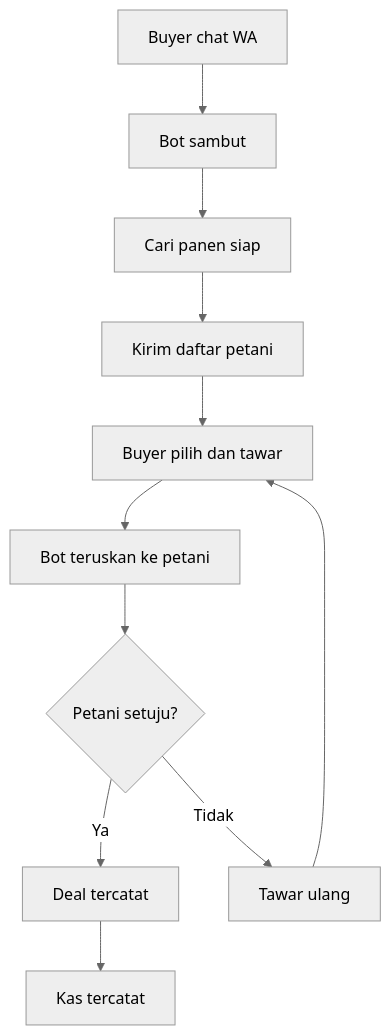
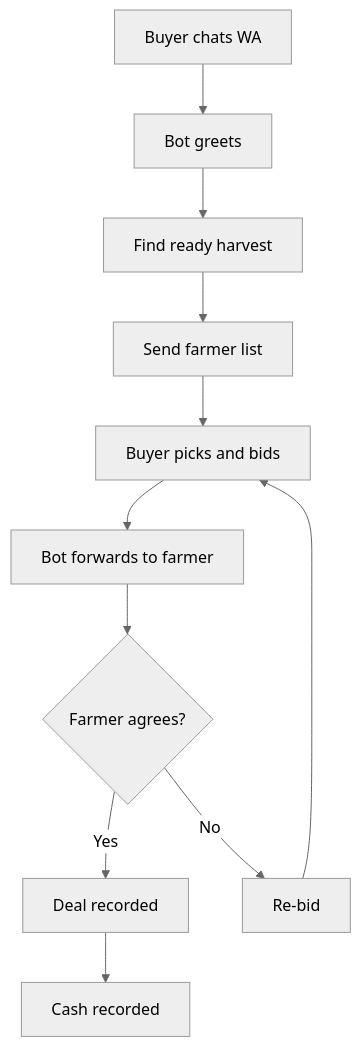
One commit to WawaGanteng13/hai-tani-release changed the diagram in README.md. Above: the diagram before and after it, drawn with Mermaid (neutral theme). The commit also changed other lines of this file and 4 other files, not shown here.

Commit message:
Docs: full English README + market + negotiation flow

````diff
--- a/README.md
+++ b/README.md
@@ -40,13 +40,13 @@
 ```mermaid
 flowchart TD
-    A[Buyer chat WA] --> B[Bot sambut]
-    B --> C[Cari panen siap]
-    C --> D[Kirim daftar petani]
-    D --> E[Buyer pilih dan tawar]
-    E --> F[Bot teruskan ke petani]
-    F --> G{Petani setuju?}
-    G -->|Ya| H[Deal tercatat]
-    G -->|Tidak| I[Tawar ulang]
+    A[Buyer chats WA] --> B[Bot greets]
+    B --> C[Find ready harvest]
+    C --> D[Send farmer list]
+    D --> E[Buyer picks and bids]
+    E --> F[Bot forwards to farmer]
+    F --> G{Farmer agrees?}
+    G -->|Yes| H[Deal recorded]
+    G -->|No| I[Re-bid]
     I --> E
-    H --> J[Kas tercatat]
+    H --> J[Cash recorded]
 ```
````
